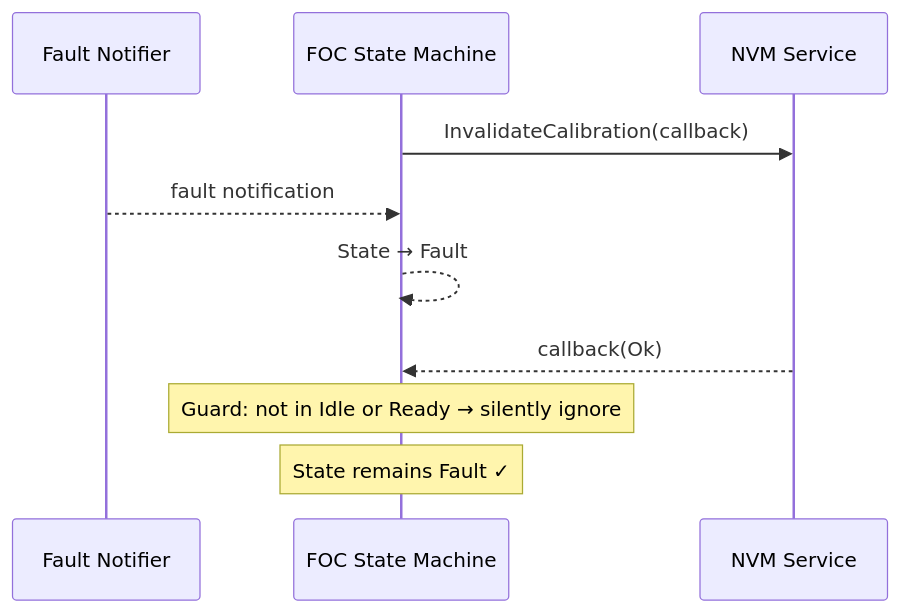
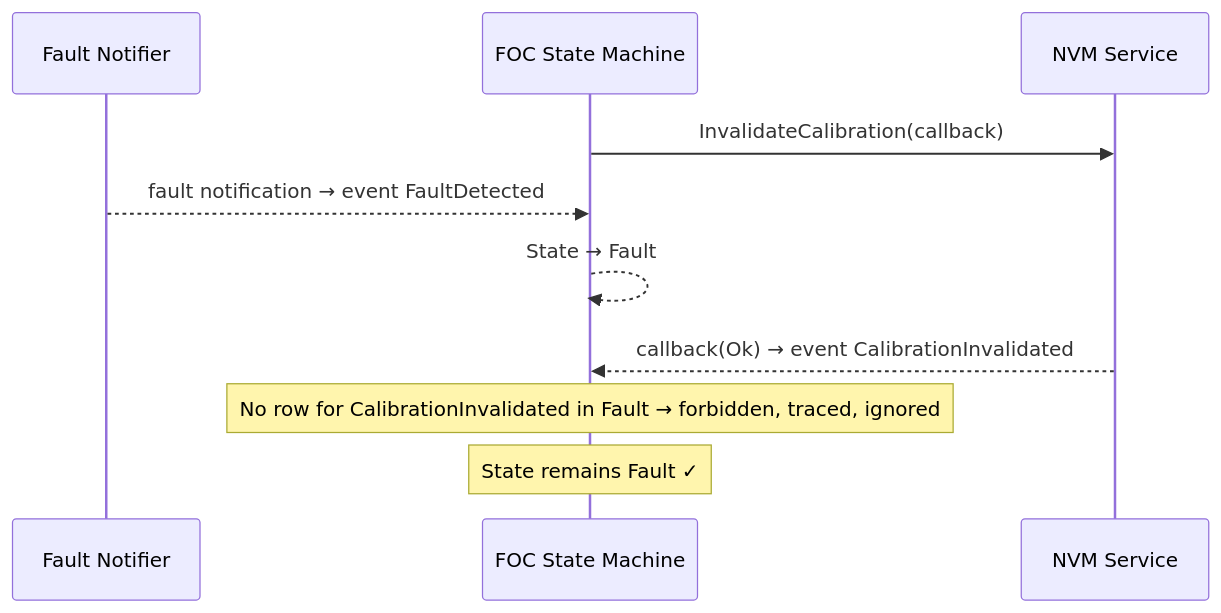
Before and after one commit to embedded-pro/e-foc: the fourth of 7 diagrams in documentation/design/state-machine.md, drawn with Mermaid. The commit also changed other lines of this file and 61 other files, not shown here.

````diff
--- a/documentation/design/state-machine.md
+++ b/documentation/design/state-machine.md
@@ -283,14 +411,14 @@
 ```mermaid
 sequenceDiagram
     participant HW as Fault Notifier
     participant SM as FOC State Machine
     participant NVM as NVM Service
 
     SM->>NVM: InvalidateCalibration(callback)
-    HW-->>SM: fault notification
+    HW-->>SM: fault notification → event FaultDetected
     SM-->>SM: State → Fault
 
-    NVM-->>SM: callback(Ok)
-    note over SM: Guard: not in Idle or Ready → silently ignore
+    NVM-->>SM: callback(Ok) → event CalibrationInvalidated
+    note over SM: No row for CalibrationInvalidated in Fault → forbidden, traced, ignored
     note over SM: State remains Fault ✓
 ```
````
